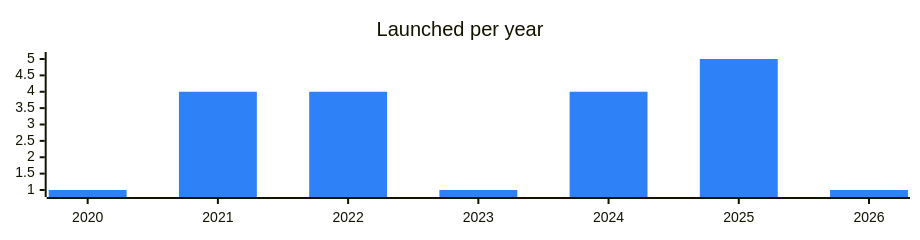
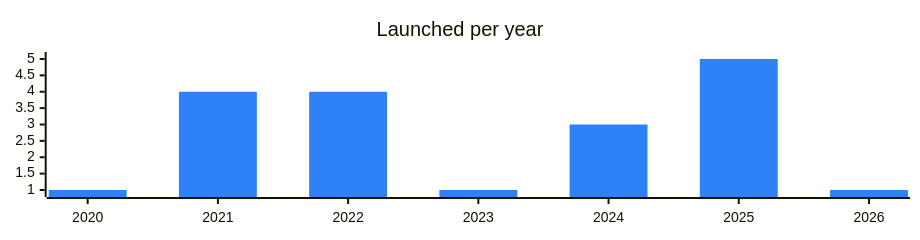
The diagram in categories/bridges.md (vitalikgpt/gram-ecosystem), drawn with Mermaid before and after one commit. The commit also changed other lines of this file and 71 other files, not shown here.

````diff
--- a/categories/bridges.md
+++ b/categories/bridges.md
@@ -7,7 +7,7 @@
 ```mermaid
 %%{init: {"xyChart": {"width": 900, "height": 220}, "themeVariables": {"xyChart": {"plotColorPalette": "#2f81f7"}}}}%%
 xychart-beta
   title "Launched per year"
   x-axis ["2020", "2021", "2022", "2023", "2024", "2025", "2026"]
-  bar [1, 4, 4, 1, 4, 5, 1]
+  bar [1, 4, 4, 1, 3, 5, 1]
 ```
````
